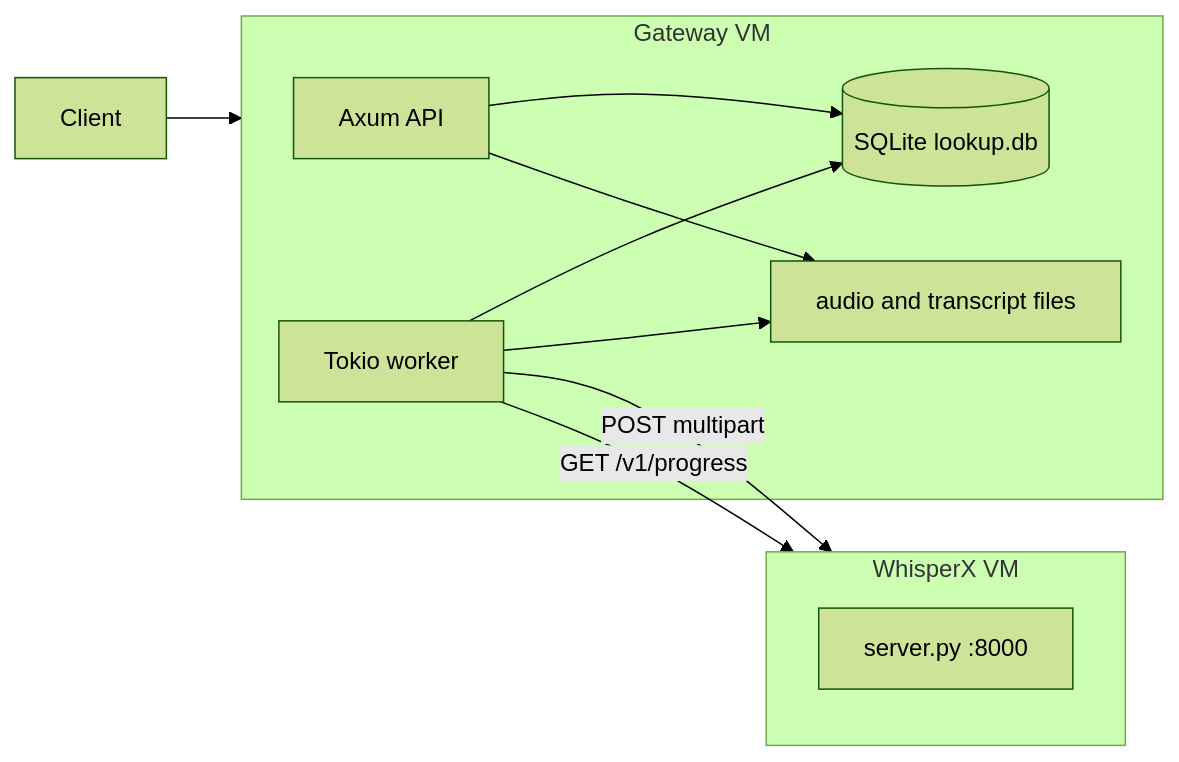
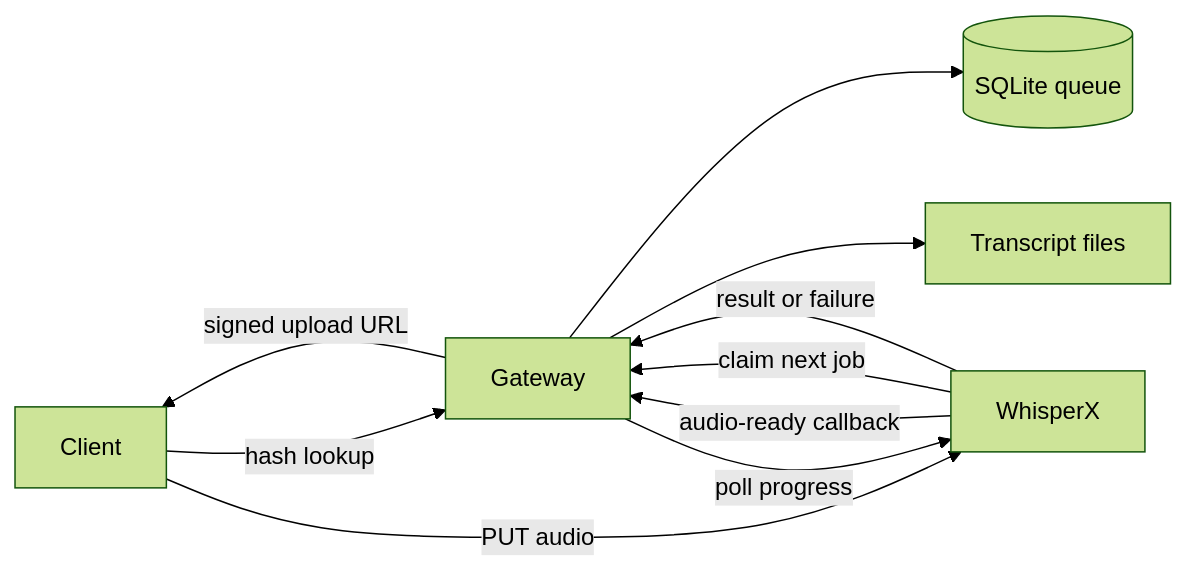
One commit to jose-salcedo-sp/transcription-gateway changed the diagram in README.md. Above: the diagram before and after it, drawn with Mermaid (forest theme). The commit also changed other lines of this file and 12 other files, not shown here.

````diff
--- a/README.md
+++ b/README.md
@@ -15,19 +12,12 @@
 ```mermaid
 flowchart LR
-  Client --> gatewayVm
-  subgraph gatewayVm [Gateway VM]
-    Axum[Axum API]
-    Worker[Tokio worker]
-    SQLite[(SQLite lookup.db)]
-    Files[audio and transcript files]
-    Axum --> SQLite
-    Axum --> Files
-    Worker --> SQLite
-    Worker --> Files
-  end
-  Worker -->|POST multipart| whisperxVm
-  Worker -->|GET /v1/progress| whisperxVm
-  subgraph whisperxVm [WhisperX VM]
-    WhisperX[server.py :8000]
-  end
+  Client -->|hash lookup| Gateway
+  Gateway --> SQLite[(SQLite queue)]
+  Gateway --> Transcripts[Transcript files]
+  Gateway -->|signed upload URL| Client
+  Client -->|PUT audio| WhisperX
+  WhisperX -->|audio-ready callback| Gateway
+  WhisperX -->|claim next job| Gateway
+  WhisperX -->|result or failure| Gateway
+  Gateway -->|poll progress| WhisperX
 ```
````
